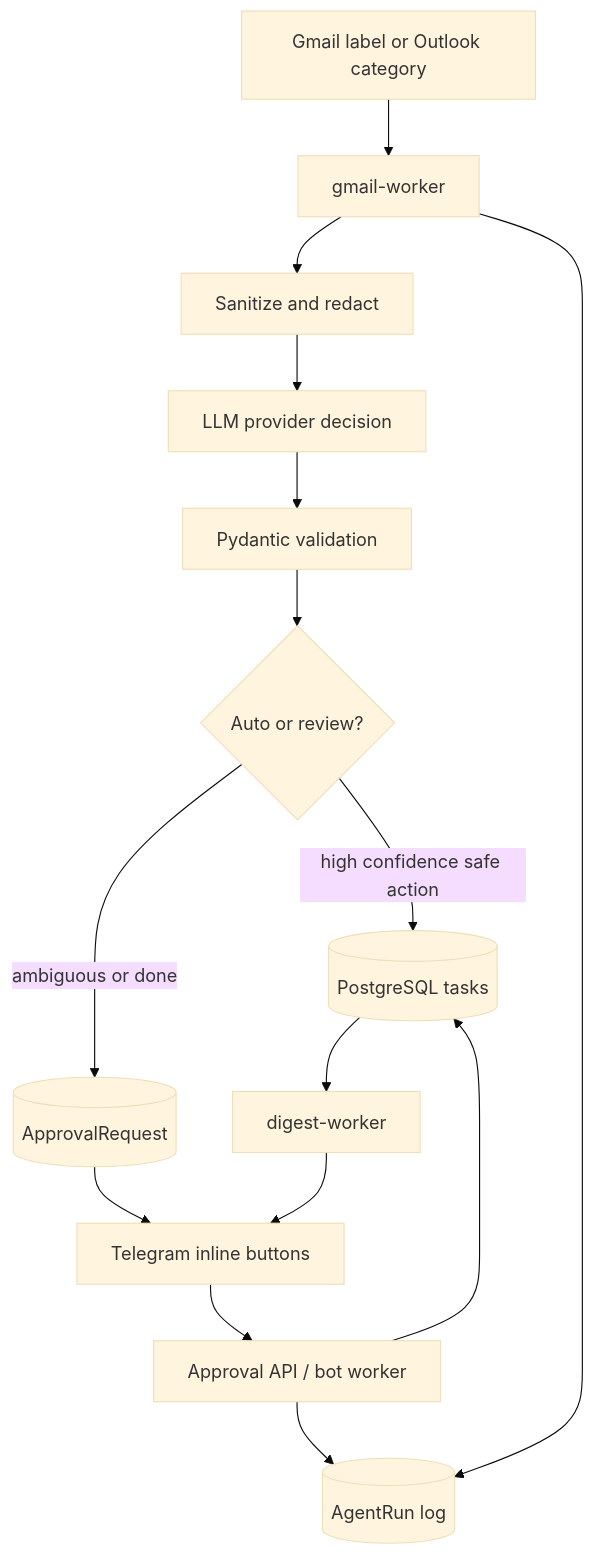
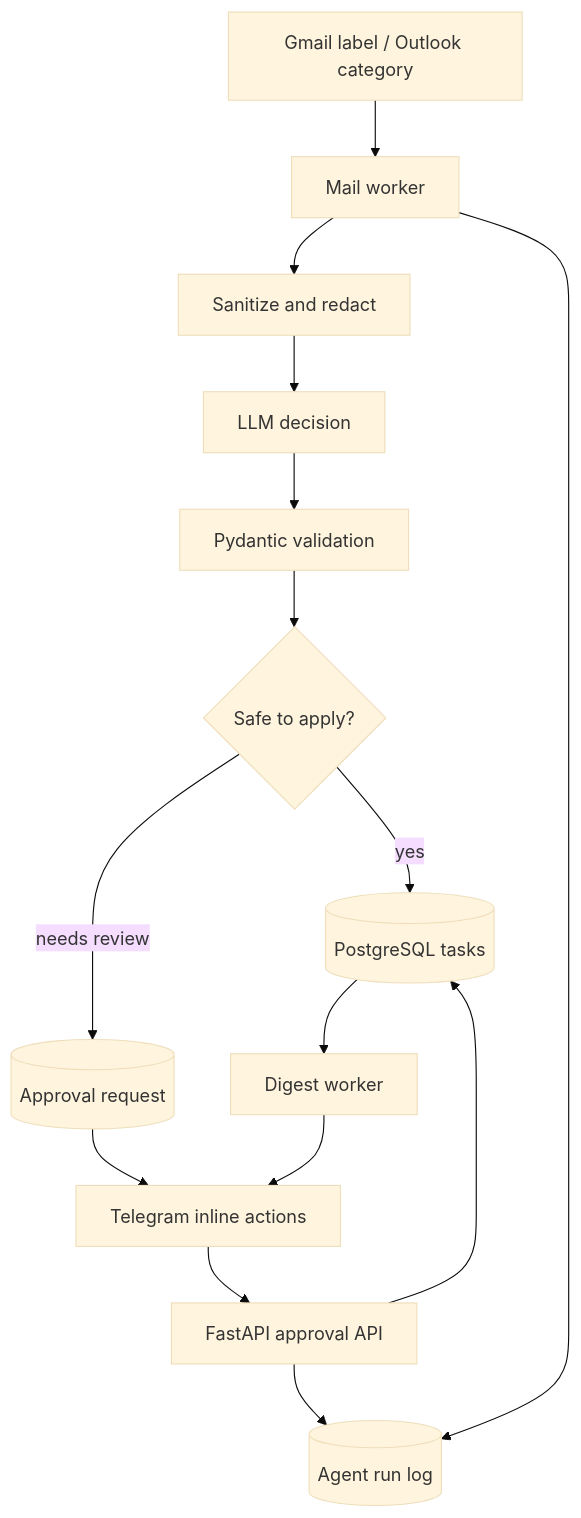
The diagram in README.md (GriGkos/mail-task-agent), drawn with Mermaid (base theme) before and after one commit. The commit also changed other lines of this file, not shown here.

````diff
--- a/README.md
+++ b/README.md
@@ -34,17 +27,17 @@
 ```mermaid
 flowchart TD
-    Mail[Gmail label or Outlook category] --> Worker[gmail-worker]
+    Mail[Gmail label / Outlook category] --> Worker[Mail worker]
     Worker --> Redact[Sanitize and redact]
-    Redact --> LLM[LLM provider decision]
+    Redact --> LLM[LLM decision]
     LLM --> Validate[Pydantic validation]
-    Validate --> Route{Auto or review?}
-    Route -->|high confidence safe action| Tasks[(PostgreSQL tasks)]
-    Route -->|ambiguous or done| Approval[(ApprovalRequest)]
-    Approval --> Telegram[Telegram inline buttons]
-    Telegram --> API[Approval API / bot worker]
+    Validate --> Route{Safe to apply?}
+    Route -->|yes| Tasks[(PostgreSQL tasks)]
+    Route -->|needs review| Approval[(Approval request)]
+    Approval --> Telegram[Telegram inline actions]
+    Telegram --> API[FastAPI approval API]
     API --> Tasks
-    Tasks --> Digest[digest-worker]
+    Tasks --> Digest[Digest worker]
     Digest --> Telegram
-    API --> Runs[(AgentRun log)]
+    API --> Runs[(Agent run log)]
     Worker --> Runs
 ```
````
